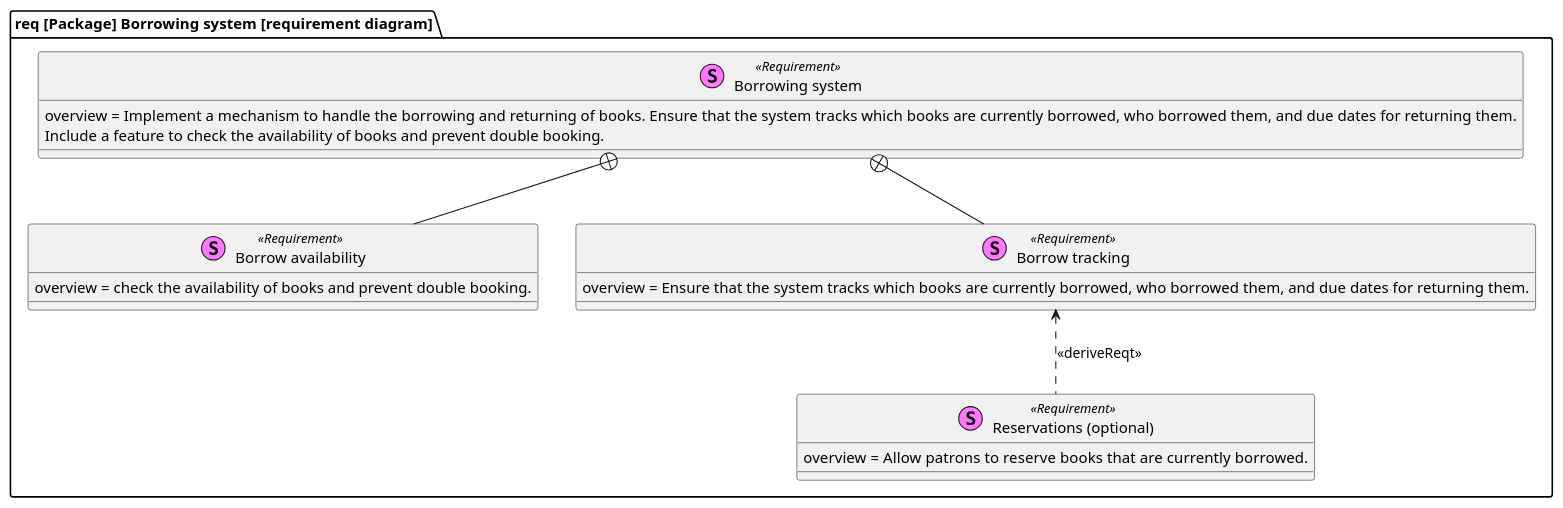
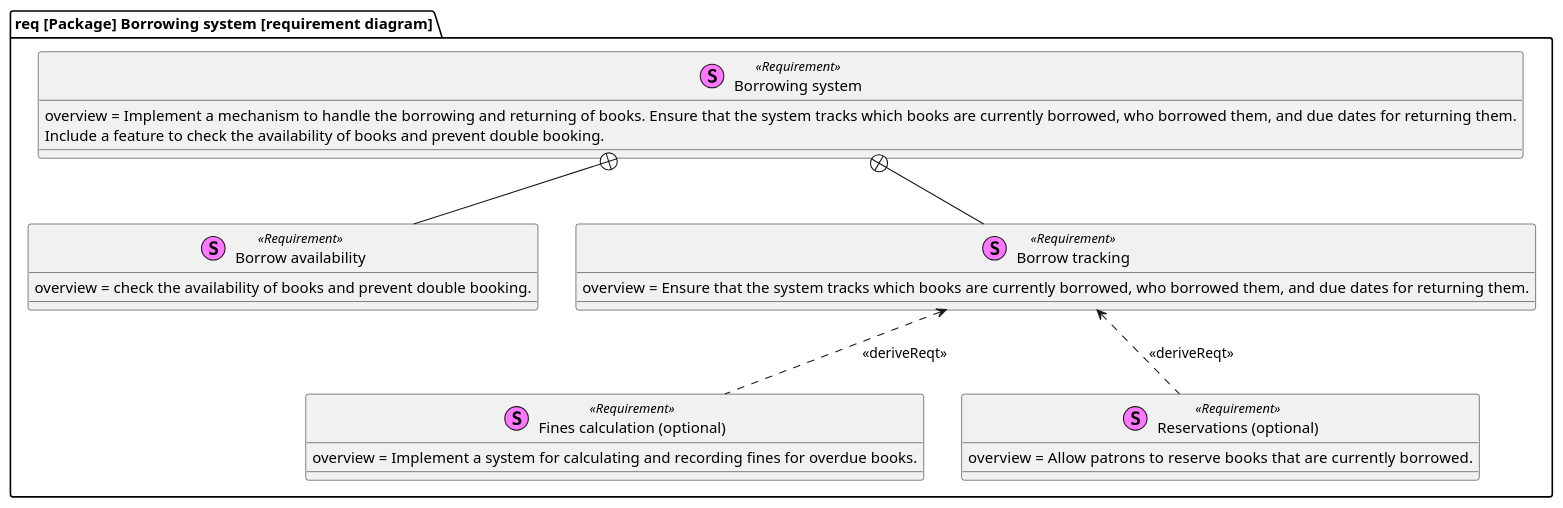
One commit to programacion-6/Opcion1FakeOrgasm changed the diagram in system-desing/requirement-diagram/borrowing-system.puml. Above: the diagram before and after it, drawn with PlantUML. The commit also changed 1 other file, not shown here.

Commit message:
chore: updated drvReq fines calculation
Moved fines calculation to the borrowing system package because it has a
higher relationship with borrow traking than with Reporting.

Added "Borrowing debt" requirement.

```diff
--- a/system-desing/requirement-diagram/borrowing-system.puml
+++ b/system-desing/requirement-diagram/borrowing-system.puml
@@ -1,23 +1,28 @@
 @startuml
 package "req [Package] Borrowing system [requirement diagram]" {
+    stereotype "Fines calculation (optional)" as fines_calculation <<Requirement>> {
+        overview = Implement a system for calculating and recording fines for overdue books.
+    }
+
     stereotype "Borrow availability" as borrow_availability <<Requirement>> {
         overview = check the availability of books and prevent double booking.
     }
 
     stereotype "Reservations (optional)" as reservations <<Requirement>> {
         overview =  Allow patrons to reserve books that are currently borrowed.
     }
 
     stereotype "Borrow tracking" as borrow_tracking  <<Requirement>> {
         overview = Ensure that the system tracks which books are currently borrowed, who borrowed them, and due dates for returning them.
     }
     borrow_tracking <.. reservations: <<deriveReqt>>
+    borrow_tracking <.. fines_calculation: <<deriveReqt>>
 
     stereotype "Borrowing system" as borrowing_system <<Requirement>> {
         overview = Implement a mechanism to handle the borrowing and returning of books. Ensure that the system tracks which books are currently borrowed, who borrowed them, and due dates for returning them.
         Include a feature to check the availability of books and prevent double booking.
     }
     borrowing_system +-- borrow_availability
     borrowing_system +-- borrow_tracking
 }
 @enduml
```
